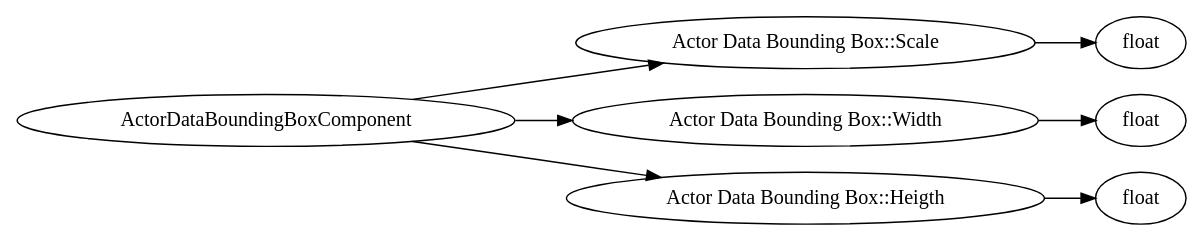
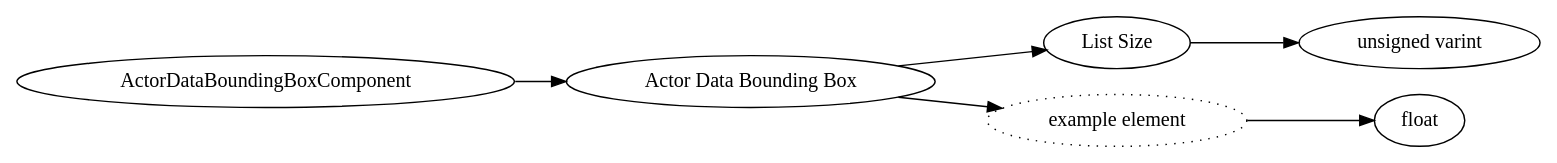
Before and after one commit to Mojang/bedrock-protocol-docs: the diagram in dot/ActorDataBoundingBoxComponent.dot, drawn with Graphviz. The commit also changed 806 other files, not shown here.

```diff
--- a/dot/ActorDataBoundingBoxComponent.dot
+++ b/dot/ActorDataBoundingBoxComponent.dot
@@ -1,20 +1,18 @@
 digraph "ActorDataBoundingBoxComponent" {
 rankdir = LR
-10
-10 -> 11
-11 -> 12
-10 -> 13
-13 -> 14
-10 -> 15
-15 -> 16
+0
+0 -> 1
+1 -> 2
+2 -> 3
+1 -> 4
+4 -> 5
 
-10 [label="ActorDataBoundingBoxComponent",comment="name: \"ActorDataBoundingBoxComponent\", typeName: \"\", id: 10, branchId: 0, recurseId: -1, attributes: 0, notes: \"\""];
-11 [label="Actor Data Bounding Box::Scale",comment="name: \"Actor Data Bounding Box::Scale\", typeName: \"\", id: 11, branchId: 0, recurseId: -1, attributes: 0, notes: \"Array where the elements stores the bounding box of scale\""];
-12 [label="float",comment="name: \"float\", typeName: \"\", id: 12, branchId: 0, recurseId: -1, attributes: 512, notes: \"\""];
-13 [label="Actor Data Bounding Box::Width",comment="name: \"Actor Data Bounding Box::Width\", typeName: \"\", id: 13, branchId: 0, recurseId: -1, attributes: 0, notes: \"Array where the elements stores the bounding box of width\""];
-14 [label="float",comment="name: \"float\", typeName: \"\", id: 14, branchId: 0, recurseId: -1, attributes: 512, notes: \"\""];
-15 [label="Actor Data Bounding Box::Heigth",comment="name: \"Actor Data Bounding Box::Heigth\", typeName: \"\", id: 15, branchId: 0, recurseId: -1, attributes: 0, notes: \"Array where the elements stores the bounding box of height\""];
-16 [label="float",comment="name: \"float\", typeName: \"\", id: 16, branchId: 0, recurseId: -1, attributes: 512, notes: \"\""];
-{ rank = max;12;14;16}
+0 [label="ActorDataBoundingBoxComponent",comment="name: \"ActorDataBoundingBoxComponent\", typeName: \"\", id: 0, branchId: 0, recurseId: -1, attributes: 0, notes: \"\""];
+1 [label="Actor Data Bounding Box",comment="name: \"Actor Data Bounding Box\", typeName: \"\", id: 1, branchId: 0, recurseId: -1, attributes: 0, notes: \"\""];
+2 [label="List Size",comment="name: \"List Size\", typeName: \"\", id: 2, branchId: 0, recurseId: -1, attributes: 0, notes: \"\""];
+3 [label="unsigned varint",comment="name: \"unsigned varint\", typeName: \"\", id: 3, branchId: 0, recurseId: -1, attributes: 0, notes: \"\""];
+4 [label="example element",style=dotted,comment="name: \"example element\", typeName: \"\", id: 4, branchId: 0, recurseId: -1, attributes: 16, notes: \"\""];
+5 [label="float",comment="name: \"float\", typeName: \"\", id: 5, branchId: 0, recurseId: -1, attributes: 512, notes: \"\""];
+{ rank = max;5}
 
 }
```
